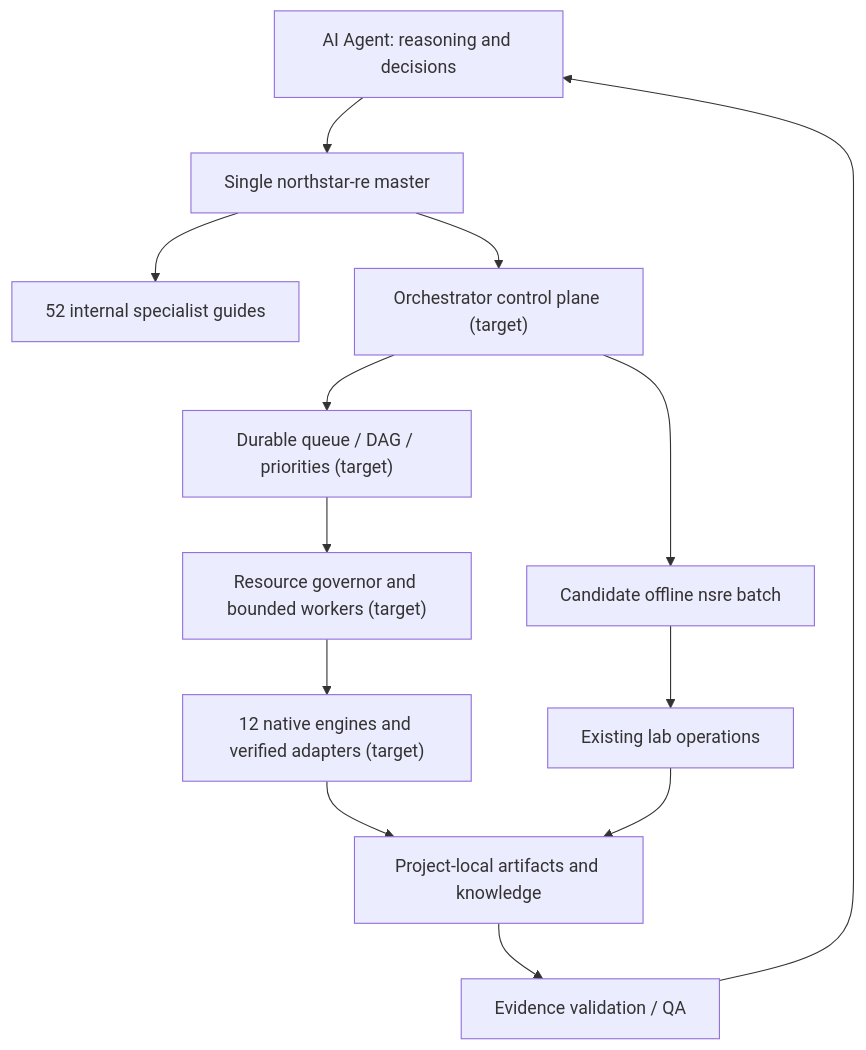
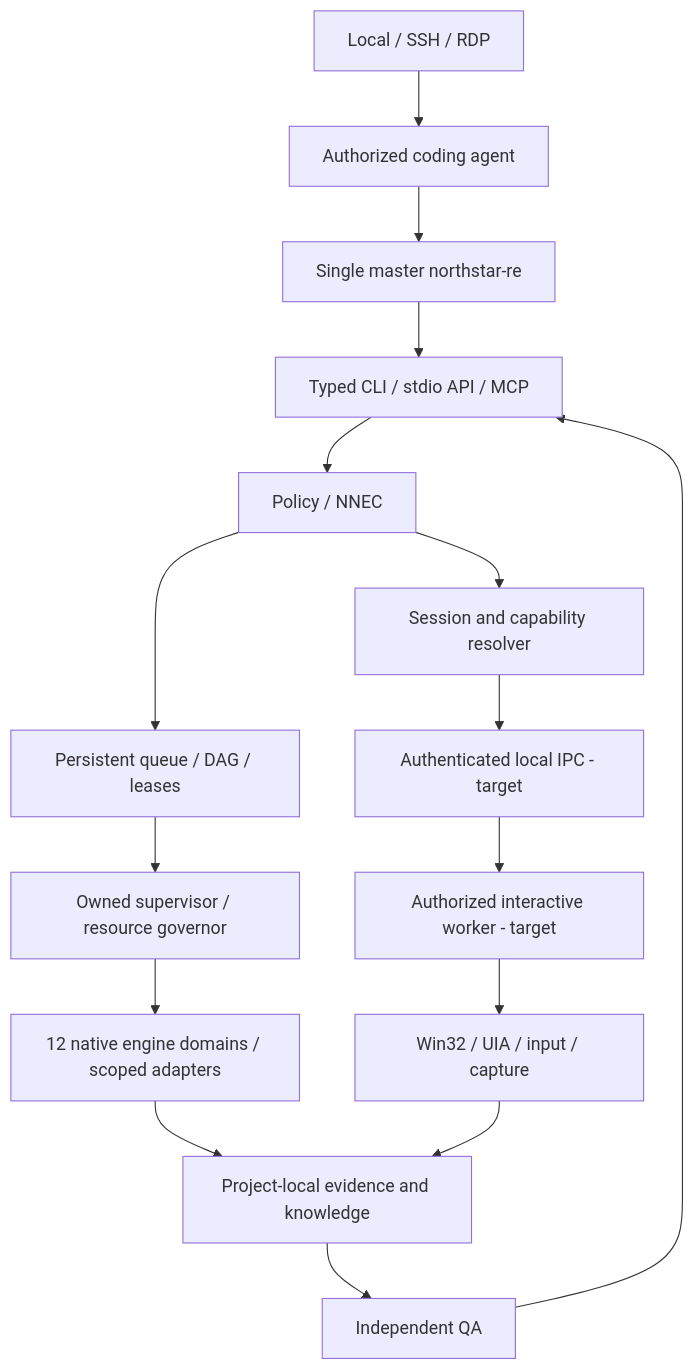
Before and after one commit to AlMagrhibi/-NorthStar-RE-: the diagram in docs/architecture/overview.md, drawn with Mermaid. The commit also changed other lines of this file and 7 other files, not shown here.

````diff
--- a/docs/architecture/overview.md
+++ b/docs/architecture/overview.md
@@ -5,15 +7,18 @@
 ```mermaid
 flowchart TD
- A["AI Agent: reasoning and decisions"] --> M["Single northstar-re master"]
- M --> S["52 internal specialist guides"]
- M --> O["Orchestrator control plane (target)"]
- O --> Q["Durable queue / DAG / priorities (target)"]
- Q --> G["Resource governor and bounded workers (target)"]
- G --> E["12 native engines and verified adapters (target)"]
- E --> K["Project-local artifacts and knowledge"]
- K --> V["Evidence validation / QA"]
- V --> A
- O --> B["Candidate offline nsre batch"]
- B --> L["Existing lab operations"]
- L --> K
+ L[Local / SSH / RDP] --> A[Authorized coding agent]
+ A --> M[Single master northstar-re]
+ M --> C[Typed CLI / stdio API / MCP]
+ C --> P[Policy / NNEC]
+ P --> O[Persistent queue / DAG / leases]
+ O --> S[Owned supervisor / resource governor]
+ S --> N[12 native engine domains / scoped adapters]
+ P --> W[Session and capability resolver]
+ W --> I[Authenticated local IPC - target]
+ I --> D[Authorized interactive worker - target]
+ D --> U[Win32 / UIA / input / capture]
+ N --> E[Project-local evidence and knowledge]
+ U --> E
+ E --> Q[Independent QA]
+ Q --> C
 ```
````
